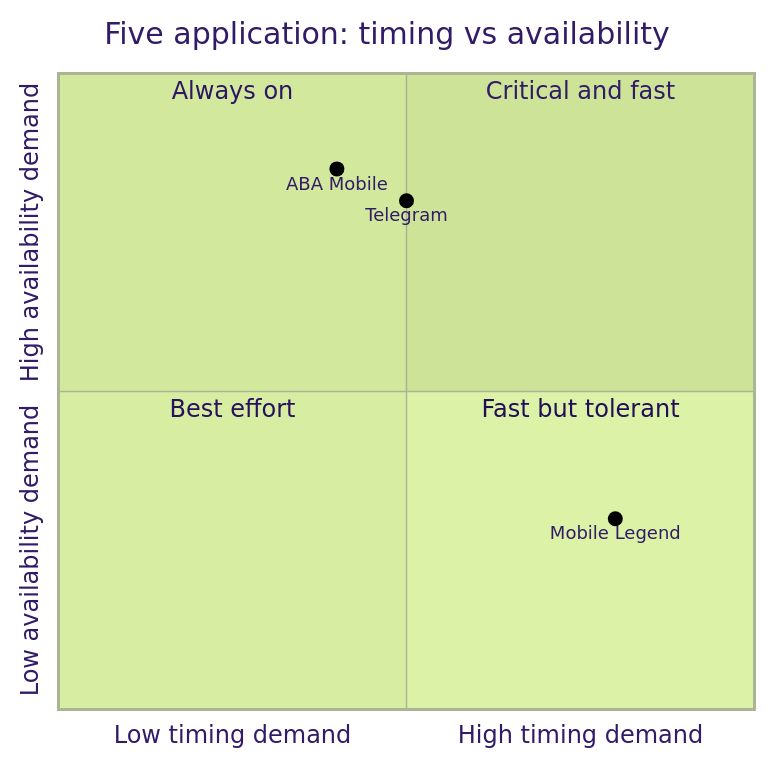
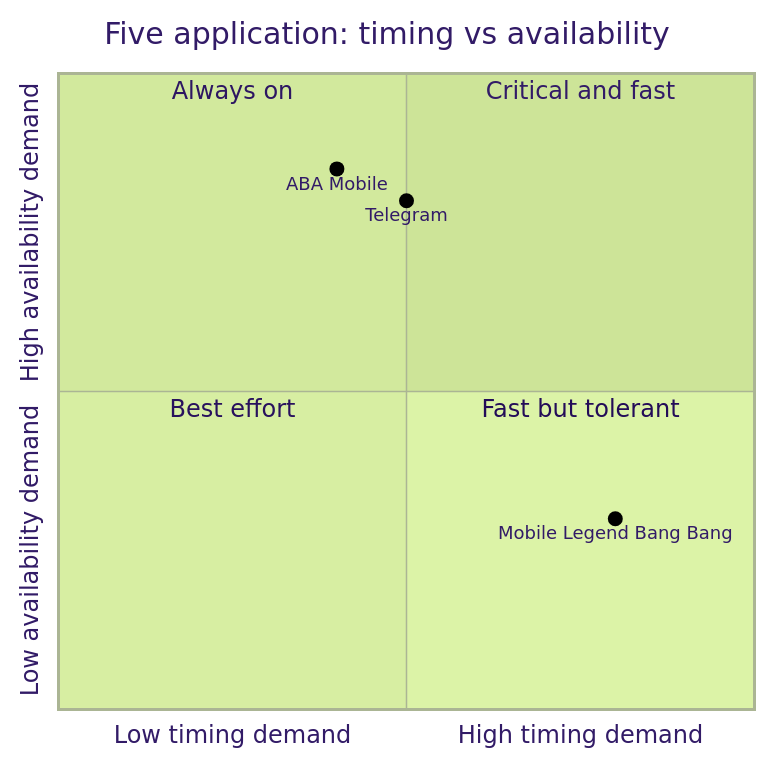
One commit to kouchsouyheng-88/clubhub-crayon-munchers changed the diagram in lab-02/app-quadrant.mmd. Above: the diagram before and after it, drawn with Mermaid (forest theme).

Commit message:
Added bang bang to Mobile Legend

```diff
--- a/lab-02/app-quadrant.mmd
+++ b/lab-02/app-quadrant.mmd
@@ -1,11 +1,11 @@
 quadrantChart
     title Five application: timing vs availability
     x-axis Low timing demand --> High timing demand
     y-axis Low availability demand --> High availability demand
     quadrant-1 Critical and fast
     quadrant-2 Always on
     quadrant-3 Best effort
     quadrant-4 Fast but tolerant
     ABA Mobile: [0.4, 0.85]
     Telegram: [0.5, 0.80]
-    Mobile Legend: [0.80, 0.30]
+    Mobile Legend Bang Bang: [0.80, 0.30]
```
